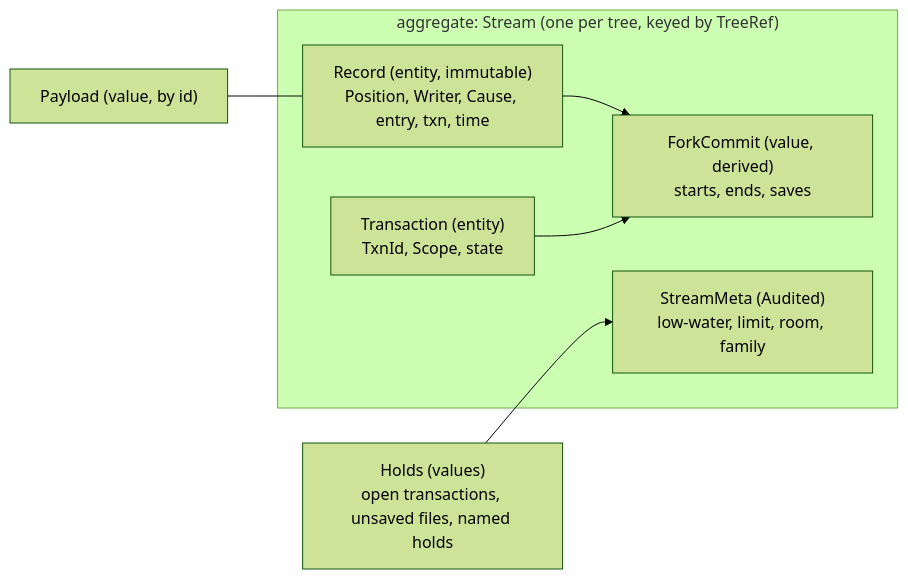
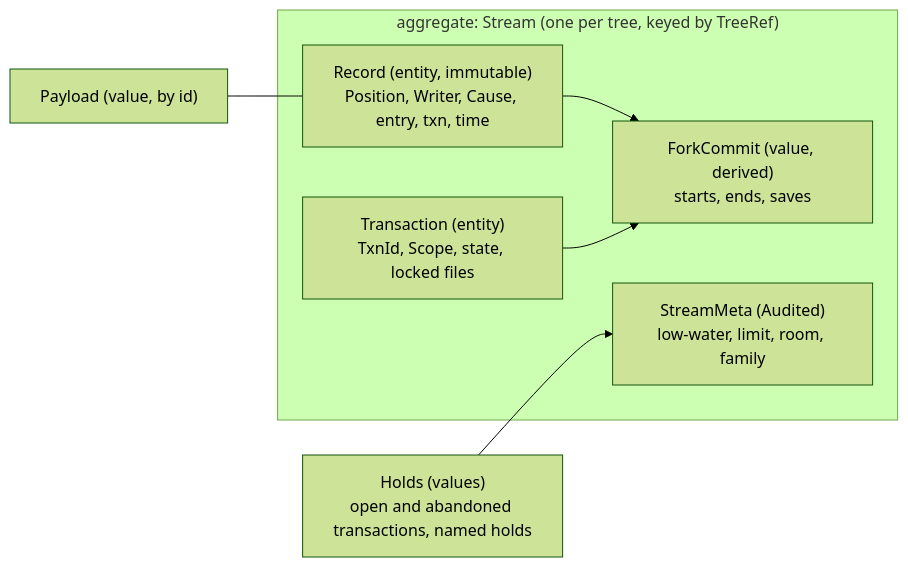
The first of 5 diagrams in docs/target-architecture/domains/journal.md (mcurcio/agentfs), drawn with Mermaid (forest theme) before and after one commit. The commit also changed other lines of this file and 9 other files, not shown here.

First line of the commit message:
docs: lock transaction files and roll failed transactions back

````diff
--- a/docs/target-architecture/domains/journal.md
+++ b/docs/target-architecture/domains/journal.md
@@ -40,13 +41,13 @@
 ```mermaid
 flowchart LR
   subgraph Agg["aggregate: Stream (one per tree, keyed by TreeRef)"]
     R["Record (entity, immutable)\nPosition, Writer, Cause, entry, txn, time"]
-    T["Transaction (entity)\nTxnId, Scope, state"]
+    T["Transaction (entity)\nTxnId, Scope, state, locked files"]
     FC["ForkCommit (value, derived)\nstarts, ends, saves"]
     M["StreamMeta (Audited)\nlow-water, limit, room, family"]
   end
   P["Payload (value, by id)"] --- R
   R --> FC
   T --> FC
-  H["Holds (values)\nopen transactions, unsaved files, named holds"] --> M
+  H["Holds (values)\nopen and abandoned transactions, named holds"] --> M
 ```
````
